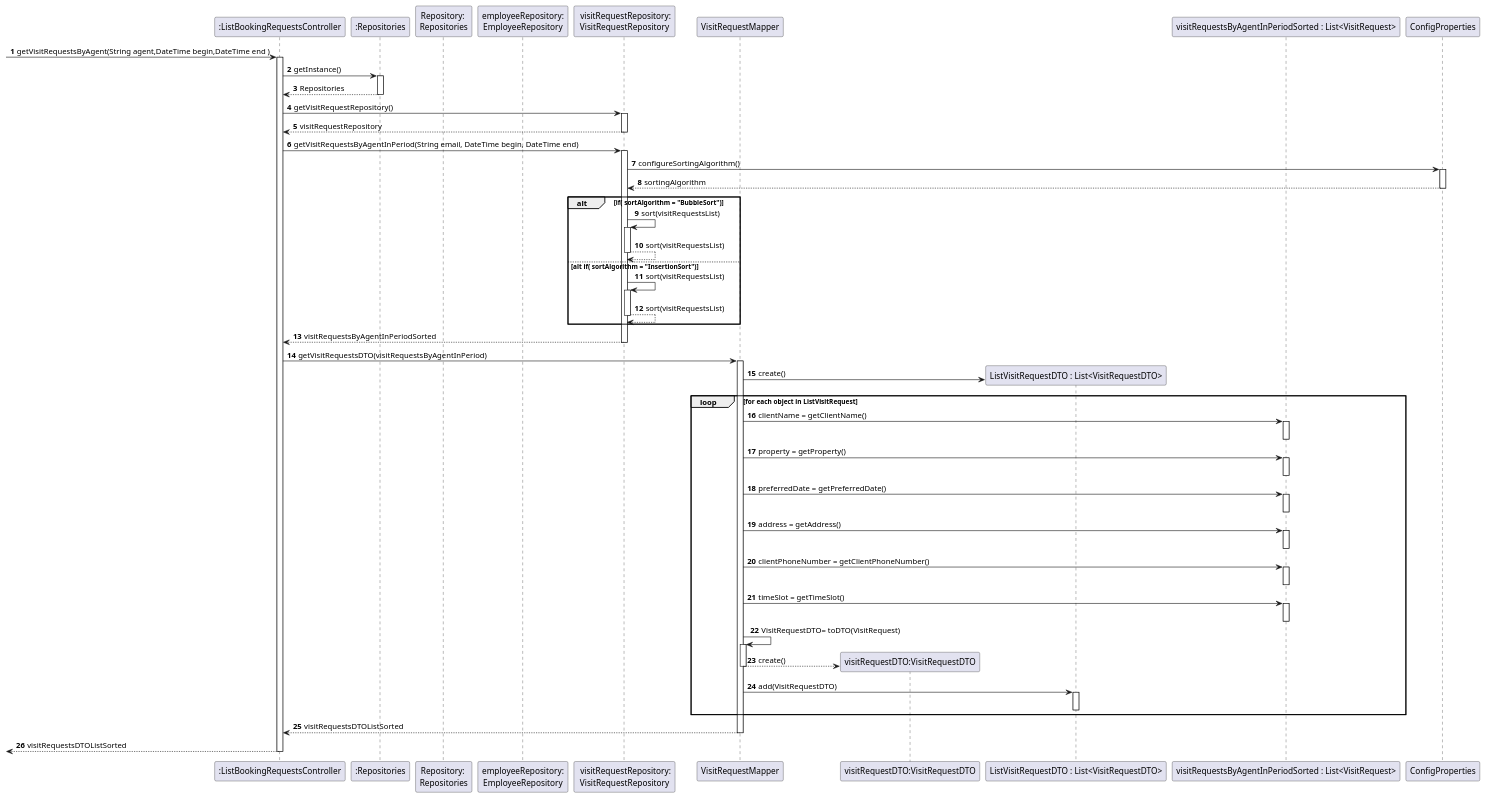
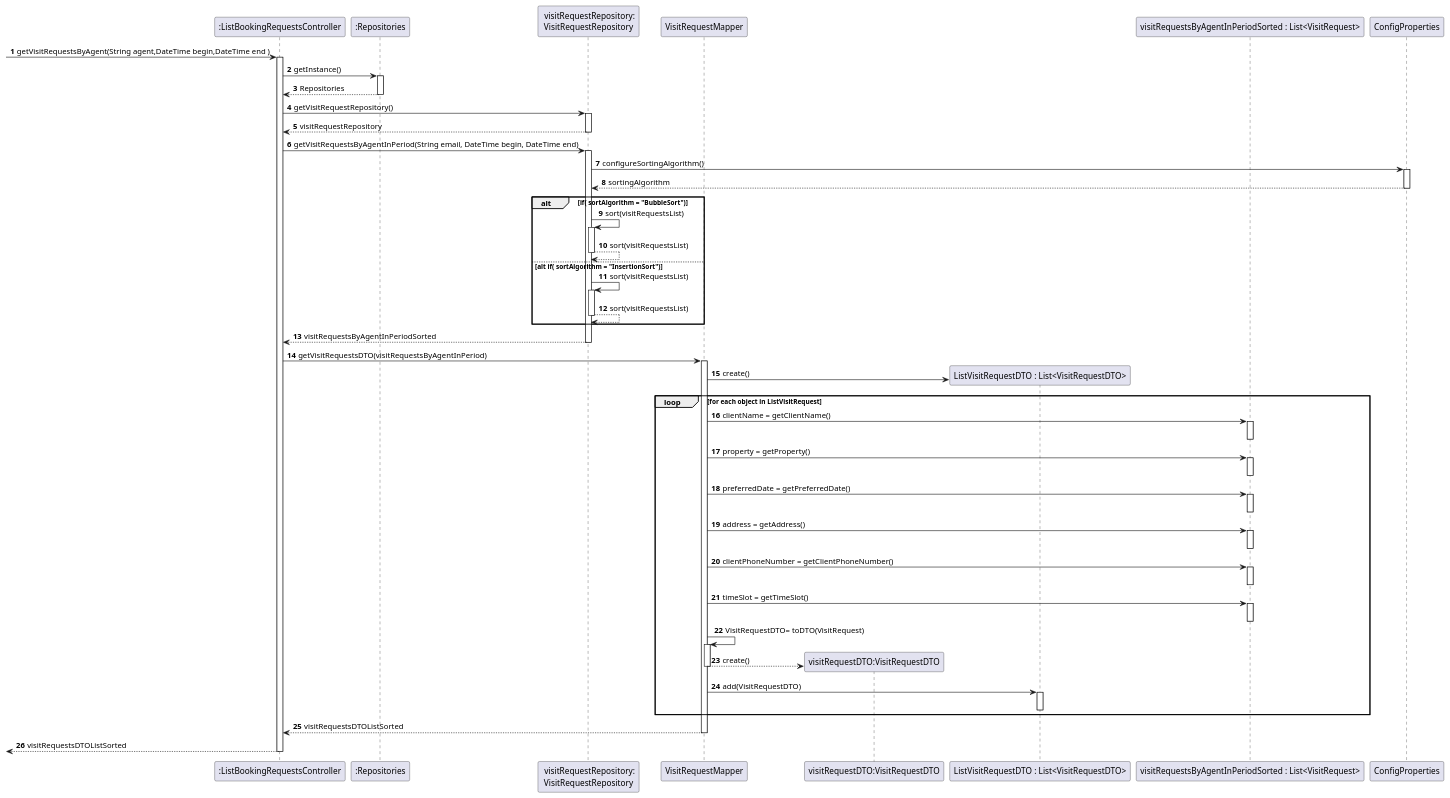
Before and after one commit to Shushizinho/RealEstateUSASystem: the diagram in docs/sprintD/us015/03.design/puml/us015-sequence-diagram-partial-get-Visit-Requests-Ascendig-Order.puml, drawn with PlantUML. The commit also changed 15 other files, not shown here.

```diff
--- a/docs/sprintD/us015/03.design/puml/us015-sequence-diagram-partial-get-Visit-Requests-Ascendig-Order.puml
+++ b/docs/sprintD/us015/03.design/puml/us015-sequence-diagram-partial-get-Visit-Requests-Ascendig-Order.puml
@@ -1,147 +1,147 @@
 @startuml
 'https://plantuml.com/sequence-diagram
 
 
 
 
 
 participant ":ListBookingRequestsController" as CTRL
 participant ":Repositories" as MainRepository
-participant "Repository: \nRepositories" as Repository
 
-participant "employeeRepository:\nEmployeeRepository" as ER
+
+
 participant " visitRequestRepository:\nVisitRequestRepository" as VRR
 
 
 
 
 participant "VisitRequestMapper" as VRM
 participant "visitRequestDTO:VisitRequestDTO" as VVRDTO
 participant "ListVisitRequestDTO : List<VisitRequestDTO>" as VRDTO
 participant "visitRequestsByAgentInPeriodSorted : List<VisitRequest>" as VR
 
 
 autonumber
 
 
  -> CTRL: getVisitRequestsByAgent(String agent,DateTime begin,DateTime end )
        activate CTRL
 
 
       CTRL -> MainRepository : getInstance()
          activate MainRepository
 
          MainRepository -->CTRL : Repositories
          deactivate MainRepository
 
          CTRL -> VRR: getVisitRequestRepository()
          activate VRR
 
          VRR --> CTRL: visitRequestRepository
          deactivate VRR
 
          CTRL -> VRR : getVisitRequestsByAgentInPeriod(String email, DateTime begin, DateTime end)
          activate VRR
       VRR -> ConfigProperties: configureSortingAlgorithm()
          activate ConfigProperties
 
          ConfigProperties --> VRR: sortingAlgorithm
 
          deactivate ConfigProperties
 
 
          alt if( sortAlgorithm = "BubbleSort")
 
 
        VRR -> VRR: sort(visitRequestsList)
        activate VRR
 
         VRR --> VRR: sort(visitRequestsList)
               deactivate VRR
 
 
               else alt if( sortAlgorithm = "InsertionSort")
 
                VRR -> VRR: sort(visitRequestsList)
                      activate VRR
 
                       VRR --> VRR: sort(visitRequestsList)
                             deactivate VRR
 
 
 
 
 
 
 
 
 
          end group
 
 
 
          VRR --> CTRL: visitRequestsByAgentInPeriodSorted
          deactivate VRR
 
           CTRL -> VRM: getVisitRequestsDTO(visitRequestsByAgentInPeriod)
              activate VRM
 
         VRM -> VRDTO**: create()
 
       loop for each object in ListVisitRequest
 
 
 
     VRM-> VR: clientName = getClientName()
     activate VR
     deactivate VR
 
      VRM-> VR: property = getProperty()
      activate VR
      deactivate VR
 
      VRM-> VR: preferredDate = getPreferredDate()
      activate VR
      deactivate VR
 
 
      VRM-> VR: address = getAddress()
      activate VR
      deactivate VR
 
 
 
 
      VRM-> VR: clientPhoneNumber = getClientPhoneNumber()
      activate VR
      deactivate VR
 
 
 
      VRM-> VR: timeSlot = getTimeSlot()
       activate VR
      deactivate VR
 
       VRM-> VRM: VisitRequestDTO= toDTO(VisitRequest)
             activate VRM
 
             VRM --> VVRDTO**: create()
             deactivate VRM
 
 
             VRM -> VRDTO: add(VisitRequestDTO)
             activate VRDTO
             deactivate VRDTO
 
 
 
             end group
 
 
             VRM --> CTRL: visitRequestsDTOListSorted
             deactivate VRM
 
             <-- CTRL:visitRequestsDTOListSorted
             deactivate CTRL
 
 @enduml
```
